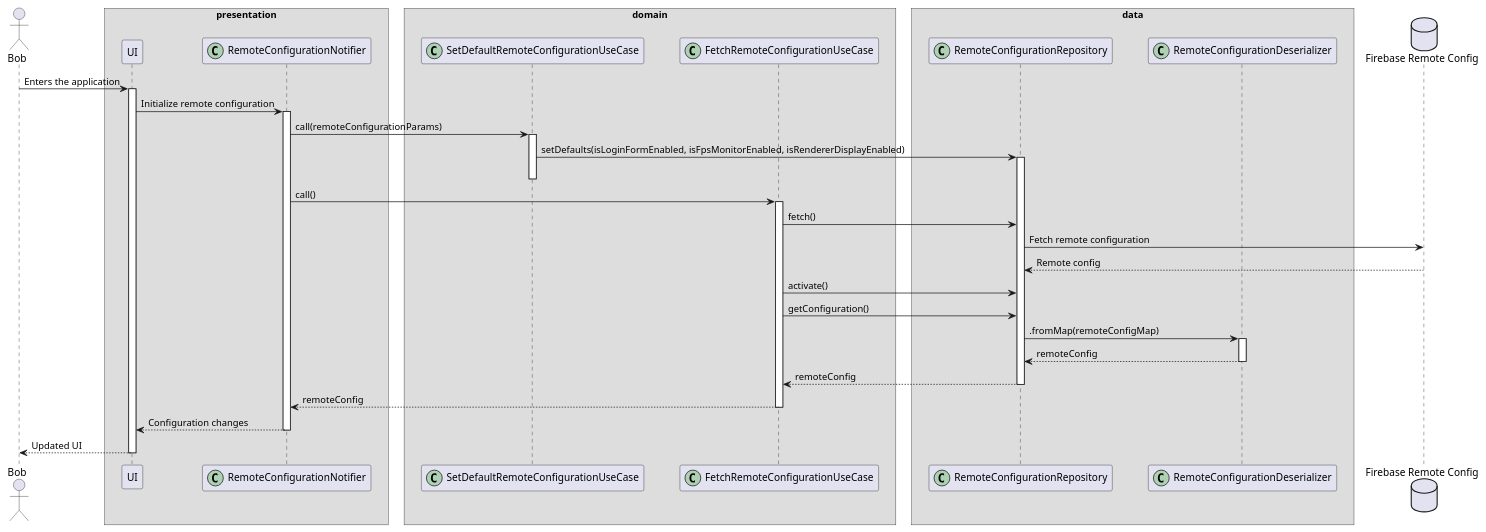
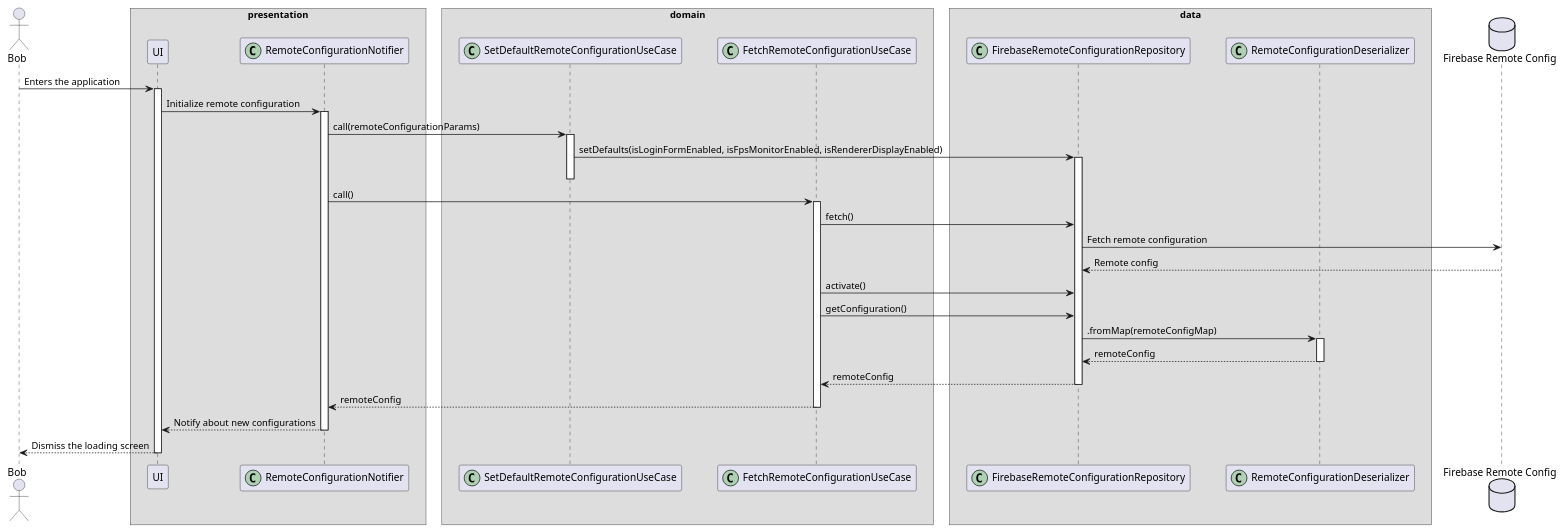
One commit to Flank/flank-dashboard changed the diagram in metrics/web/docs/features/remote_config/diagrams/remote_config_sequence_diagram.puml. Above: the diagram before and after it, drawn with PlantUML.

```diff
--- a/metrics/web/docs/features/remote_config/diagrams/remote_config_sequence_diagram.puml
+++ b/metrics/web/docs/features/remote_config/diagrams/remote_config_sequence_diagram.puml
@@ -1,67 +1,67 @@
 @startuml remote_config_sequence_diagram
 skinparam ParticipantPadding 20
 skinparam BoxPadding 10
 
 actor Bob
 
 box "presentation"
 participant UI
 participant RemoteConfigurationNotifier << (C,#ADD1B2) >>
 end box
 
 box "domain"
 participant SetDefaultRemoteConfigurationUseCase << (C,#ADD1B2) >>
 participant FetchRemoteConfigurationUseCase << (C,#ADD1B2) >>
 end box
 
 box "data"
-participant RemoteConfigurationRepository << (C,#ADD1B2) >>
+participant FirebaseRemoteConfigurationRepository << (C,#ADD1B2) >>
 participant RemoteConfigurationDeserializer << (C,#ADD1B2) >>
 end box
 
 database "Firebase Remote Config" as FRC
 
 Bob -> UI : Enters the application
 activate UI
 
 UI -> RemoteConfigurationNotifier : Initialize remote configuration
 activate RemoteConfigurationNotifier
 
 RemoteConfigurationNotifier -> SetDefaultRemoteConfigurationUseCase : call(remoteConfigurationParams)
 activate SetDefaultRemoteConfigurationUseCase
 
-SetDefaultRemoteConfigurationUseCase -> RemoteConfigurationRepository : setDefaults(isLoginFormEnabled, isFpsMonitorEnabled, isRendererDisplayEnabled)
-activate RemoteConfigurationRepository
+SetDefaultRemoteConfigurationUseCase -> FirebaseRemoteConfigurationRepository : setDefaults(isLoginFormEnabled, isFpsMonitorEnabled, isRendererDisplayEnabled)
+activate FirebaseRemoteConfigurationRepository
 deactivate SetDefaultRemoteConfigurationUseCase
 
 RemoteConfigurationNotifier -> FetchRemoteConfigurationUseCase : call()
 activate FetchRemoteConfigurationUseCase
 
-FetchRemoteConfigurationUseCase -> RemoteConfigurationRepository : fetch()
+FetchRemoteConfigurationUseCase -> FirebaseRemoteConfigurationRepository : fetch()
 
-RemoteConfigurationRepository -> FRC : Fetch remote configuration
+FirebaseRemoteConfigurationRepository -> FRC : Fetch remote configuration
 
-FRC --> RemoteConfigurationRepository : Remote config
+FRC --> FirebaseRemoteConfigurationRepository : Remote config
 
-FetchRemoteConfigurationUseCase -> RemoteConfigurationRepository : activate()
-FetchRemoteConfigurationUseCase -> RemoteConfigurationRepository : getConfiguration()
+FetchRemoteConfigurationUseCase -> FirebaseRemoteConfigurationRepository : activate()
+FetchRemoteConfigurationUseCase -> FirebaseRemoteConfigurationRepository : getConfiguration()
 
-RemoteConfigurationRepository -> RemoteConfigurationDeserializer : .fromMap(remoteConfigMap)
+FirebaseRemoteConfigurationRepository -> RemoteConfigurationDeserializer : .fromMap(remoteConfigMap)
 activate RemoteConfigurationDeserializer
 
-RemoteConfigurationDeserializer --> RemoteConfigurationRepository : remoteConfig
+RemoteConfigurationDeserializer --> FirebaseRemoteConfigurationRepository : remoteConfig
 deactivate RemoteConfigurationDeserializer
 
-RemoteConfigurationRepository --> FetchRemoteConfigurationUseCase : remoteConfig
-deactivate RemoteConfigurationRepository
+FirebaseRemoteConfigurationRepository --> FetchRemoteConfigurationUseCase : remoteConfig
+deactivate FirebaseRemoteConfigurationRepository
 
 FetchRemoteConfigurationUseCase --> RemoteConfigurationNotifier : remoteConfig
 deactivate FetchRemoteConfigurationUseCase
 
-RemoteConfigurationNotifier --> UI : Configuration changes
+RemoteConfigurationNotifier --> UI : Notify about new configurations
 deactivate RemoteConfigurationNotifier
 
-UI --> Bob : Updated UI
+UI --> Bob : Dismiss the loading screen
 deactivate UI
 
 @enduml
```
